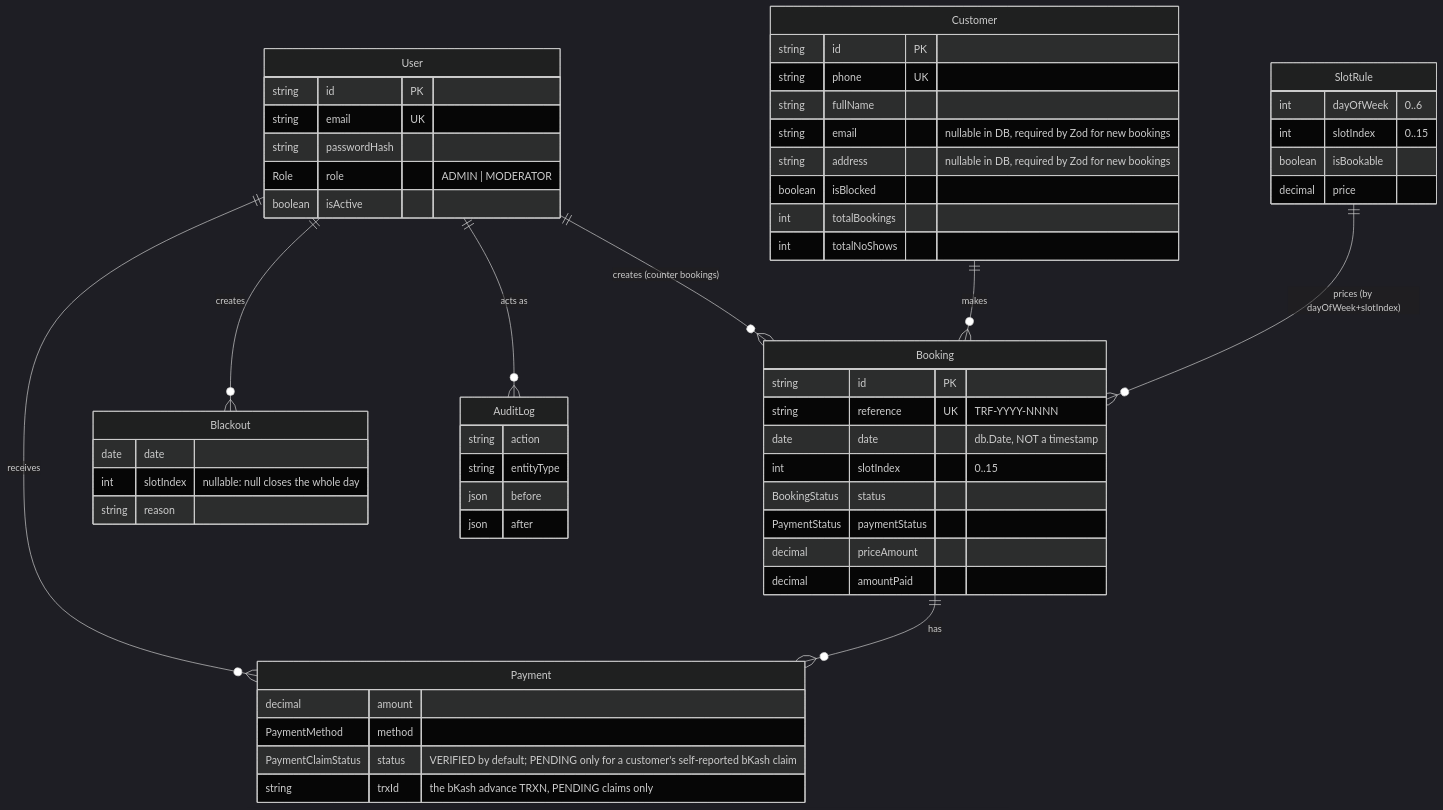
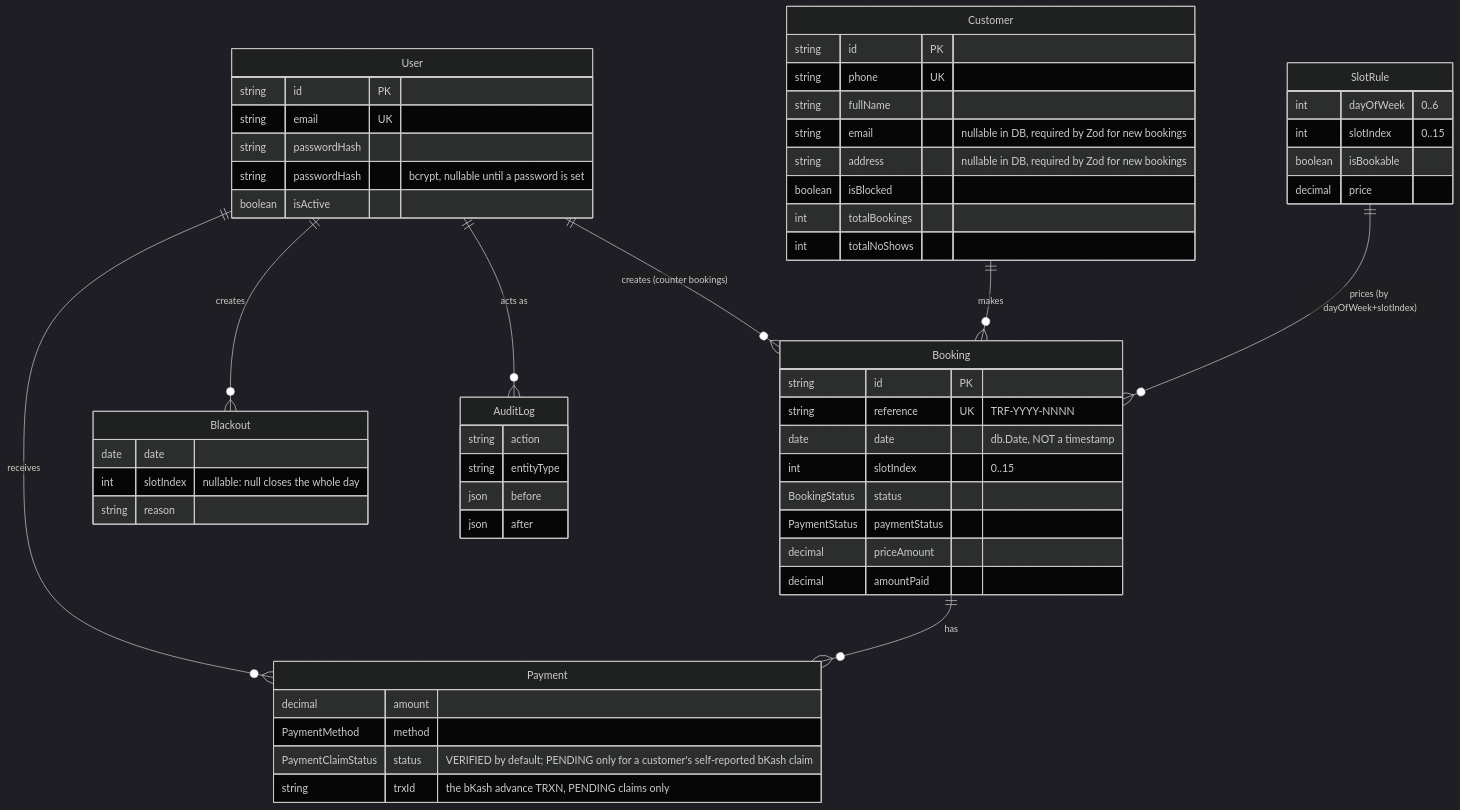
Before and after one commit to connectfazla/turfly: the third of 4 diagrams in README.md, drawn with Mermaid (dark theme). The commit also changed other lines of this file and 12 other files, not shown here.

````diff
--- a/README.md
+++ b/README.md
@@ -220,61 +229,61 @@
 ```mermaid
 erDiagram
     User ||--o{ Booking : "creates (counter bookings)"
     User ||--o{ Payment : "receives"
     User ||--o{ Blackout : "creates"
     User ||--o{ AuditLog : "acts as"
     Customer ||--o{ Booking : "makes"
     Booking ||--o{ Payment : "has"
     SlotRule ||--o{ Booking : "prices (by dayOfWeek+slotIndex)"
 
     User {
         string id PK
         string email UK
         string passwordHash
-        Role role "ADMIN | MODERATOR"
+        string passwordHash "bcrypt, nullable until a password is set"
         boolean isActive
     }
     Customer {
         string id PK
         string phone UK
         string fullName
         string email "nullable in DB, required by Zod for new bookings"
         string address "nullable in DB, required by Zod for new bookings"
         boolean isBlocked
         int totalBookings
         int totalNoShows
     }
     Booking {
         string id PK
         string reference UK "TRF-YYYY-NNNN"
         date date "db.Date, NOT a timestamp"
         int slotIndex "0..15"
         BookingStatus status
         PaymentStatus paymentStatus
         decimal priceAmount
         decimal amountPaid
     }
     SlotRule {
         int dayOfWeek "0..6"
         int slotIndex "0..15"
         boolean isBookable
         decimal price
     }
     Blackout {
         date date
         int slotIndex "nullable: null closes the whole day"
         string reason
     }
     Payment {
         decimal amount
         PaymentMethod method
         PaymentClaimStatus status "VERIFIED by default; PENDING only for a customer's self-reported bKash claim"
         string trxId "the bKash advance TRXN, PENDING claims only"
     }
     AuditLog {
         string action
         string entityType
         json before
         json after
     }
 ```
````
